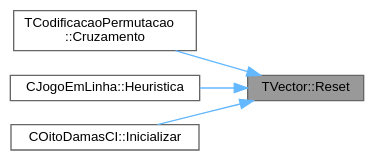
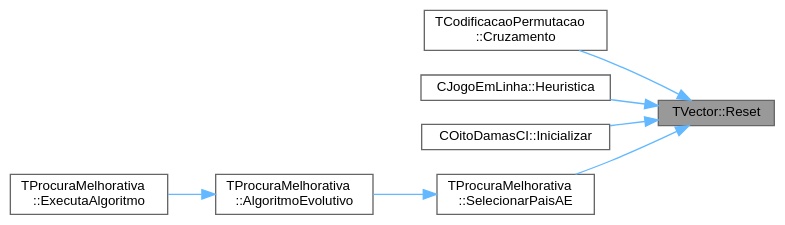
The diagram in classTVector_ab36bc3093e75aa4d710d7c9b9c1ca7bd_icgraph.dot (jcoelho72/TProcura), drawn with Graphviz before and after one commit. The commit also changed 383 other files, not shown here.

```diff
--- a/classTVector_ab36bc3093e75aa4d710d7c9b9c1ca7bd_icgraph.dot
+++ b/classTVector_ab36bc3093e75aa4d710d7c9b9c1ca7bd_icgraph.dot
@@ -1,15 +1,21 @@
 digraph "TVector::Reset"
 {
  // LATEX_PDF_SIZE
   bgcolor="transparent";
   edge [fontname=Helvetica,fontsize=10,labelfontname=Helvetica,labelfontsize=10];
   node [fontname=Helvetica,fontsize=10,shape=box,height=0.2,width=0.4];
   rankdir="RL";
   Node1 [id="Node000001",label="TVector::Reset",height=0.2,width=0.4,color="gray40", fillcolor="grey60", style="filled", fontcolor="black",tooltip="Preenche todo o vetor com um mesmo valor."];
-  Node1 -> Node2 [id="edge4_Node000001_Node000002",dir="back",color="steelblue1",style="solid",tooltip=" "];
+  Node1 -> Node2 [id="edge7_Node000001_Node000002",dir="back",color="steelblue1",style="solid",tooltip=" "];
   Node2 [id="Node000002",label="TCodificacaoPermutacao\l::Cruzamento",height=0.2,width=0.4,color="grey40", fillcolor="white", style="filled",URL="$classTCodificacaoPermutacao.html#a5d189994f033f59a881c985604b959dc",tooltip=" "];
-  Node1 -> Node3 [id="edge5_Node000001_Node000003",dir="back",color="steelblue1",style="solid",tooltip=" "];
+  Node1 -> Node3 [id="edge8_Node000001_Node000003",dir="back",color="steelblue1",style="solid",tooltip=" "];
   Node3 [id="Node000003",label="CJogoEmLinha::Heuristica",height=0.2,width=0.4,color="grey40", fillcolor="white", style="filled",URL="$classCJogoEmLinha.html#afe8d4a92e1840c1436c295c5a13760db",tooltip="Função para calcular quanto falta para o final, o valor da heurística."];
-  Node1 -> Node4 [id="edge6_Node000001_Node000004",dir="back",color="steelblue1",style="solid",tooltip=" "];
+  Node1 -> Node4 [id="edge9_Node000001_Node000004",dir="back",color="steelblue1",style="solid",tooltip=" "];
   Node4 [id="Node000004",label="COitoDamasCI::Inicializar",height=0.2,width=0.4,color="grey40", fillcolor="white", style="filled",URL="$classCOitoDamasCI.html#a5c4340c008bd04f699951906166d19f2",tooltip="Coloca o objecto no estado inicial da procura."];
+  Node1 -> Node5 [id="edge10_Node000001_Node000005",dir="back",color="steelblue1",style="solid",tooltip=" "];
+  Node5 [id="Node000005",label="TProcuraMelhorativa\l::SelecionarPaisAE",height=0.2,width=0.4,color="grey40", fillcolor="white", style="filled",URL="$classTProcuraMelhorativa.html#a35e3a8f92ef41a8941f75ceee20e13bb",tooltip=" "];
+  Node5 -> Node6 [id="edge11_Node000005_Node000006",dir="back",color="steelblue1",style="solid",tooltip=" "];
+  Node6 [id="Node000006",label="TProcuraMelhorativa\l::AlgoritmoEvolutivo",height=0.2,width=0.4,color="grey40", fillcolor="white", style="filled",URL="$classTProcuraMelhorativa.html#a6e7a1d0f1281eae6bf3fbbc7fa5f4026",tooltip=" "];
+  Node6 -> Node7 [id="edge12_Node000006_Node000007",dir="back",color="steelblue1",style="solid",tooltip=" "];
+  Node7 [id="Node000007",label="TProcuraMelhorativa\l::ExecutaAlgoritmo",height=0.2,width=0.4,color="grey40", fillcolor="white", style="filled",URL="$classTProcuraMelhorativa.html#af101526489df420431d22477e317fb33",tooltip="Executa o algoritmo com os parametros atuais."];
 }
```
